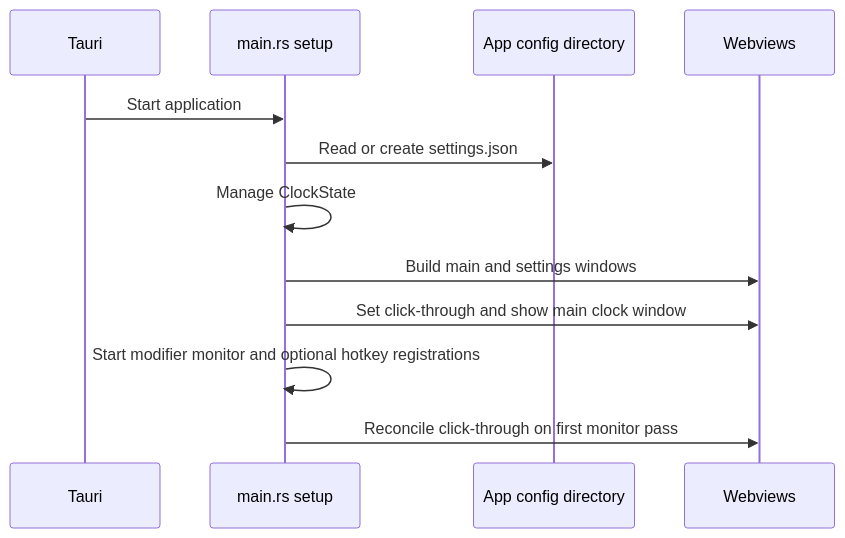
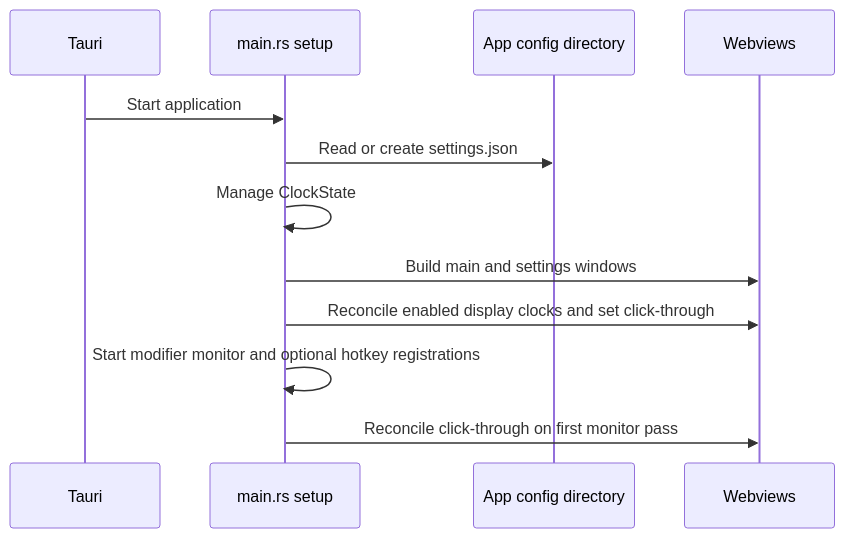
One commit to tbkmax/TopClock changed the second of 2 diagrams in src-tauri/doc/workflow_diagram.md. Above: the diagram before and after it, drawn with Mermaid. The commit also changed other lines of this file and 26 other files, not shown here.

````diff
--- a/src-tauri/doc/workflow_diagram.md
+++ b/src-tauri/doc/workflow_diagram.md
@@ -28,14 +35,14 @@
 ```mermaid
 sequenceDiagram
     participant Tauri
     participant Rust as main.rs setup
     participant Disk as App config directory
     participant UI as Webviews
     Tauri->>Rust: Start application
     Rust->>Disk: Read or create settings.json
     Rust->>Rust: Manage ClockState
     Rust->>UI: Build main and settings windows
-    Rust->>UI: Set click-through and show main clock window
+    Rust->>UI: Reconcile enabled display clocks and set click-through
     Rust->>Rust: Start modifier monitor and optional hotkey registrations
     Rust->>UI: Reconcile click-through on first monitor pass
 ```
````
